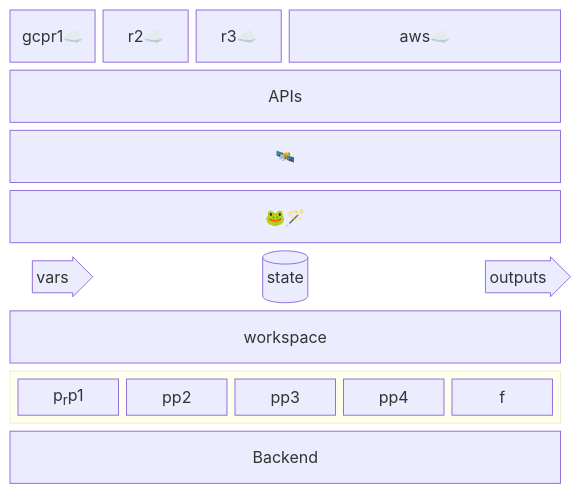
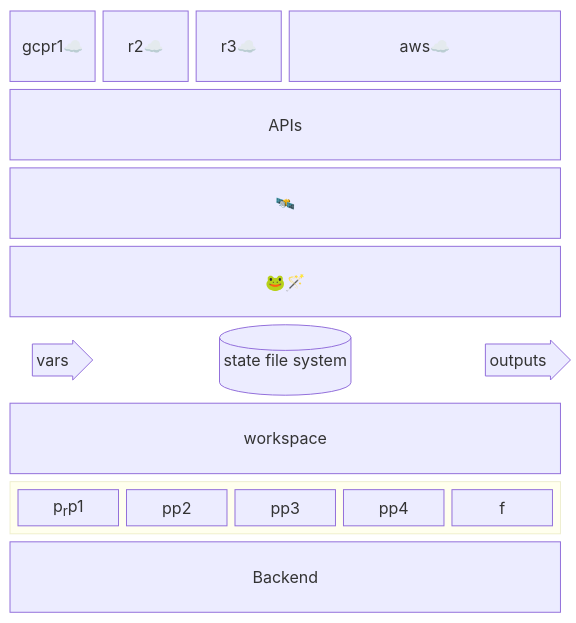
The diagram in devops/terraform-tut.md (sohale/cs-glossaries), drawn with Mermaid before and after one commit.

````diff
--- a/devops/terraform-tut.md
+++ b/devops/terraform-tut.md
@@ -78,32 +78,34 @@
 ```mermaid
 block-beta
   columns 6
   gcpr1☁️ r2☁️ r3☁️ aws☁️:3
   %% resources on cloud providers
   APIs:6
   interwebs["🛰️"]:6
   %% block:group1:6
   %%   columns 2
   %%   h i j k
   %% end
   g["🐸🪄"]:6
   %% block:group2:6
   %%  %% columns auto (default)
   %%  p1 p2 p3  p4 p5 p6
   %% end
   %% outputs["outputs"]:6
   %% vars1>"vars"]:1
+  %% via bash's env, cli args, etc:
   vars1<["vars"]>(right):1
-  state1[("state")]:4
+  %% file system
+  state1[("state file system")]:4
   %% outs1>"outputs"]:1
   outs1<["outputs"]>(right):1
   %% variables["variables"]:6
   workspace["workspace"]:6
   block:group3:6
     columns 5
     %%  The width of the columns is determined by the widest block
     %% pp["provider plugins"]:1
     p1["p<sub>r</sub>p1"]:1 pp2:1 pp3:1 pp4:1 f:1
   end
   Backend:6
 ```
````
